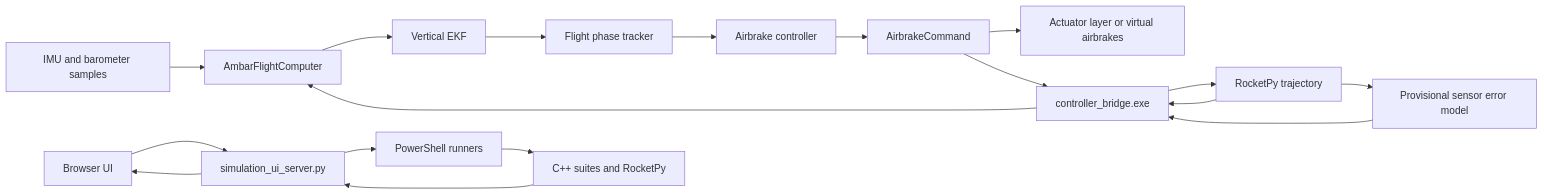
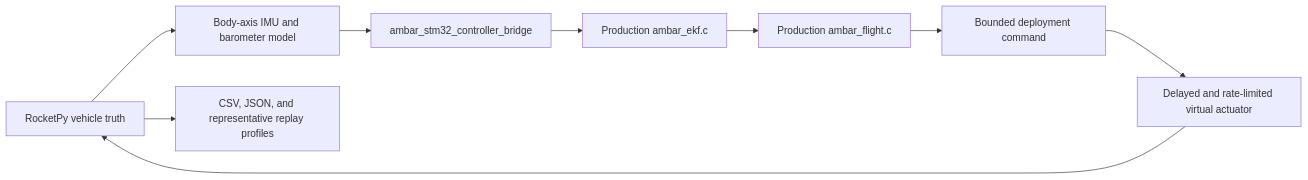
Before and after one commit to hoffmatic/SD-2-EKF: the diagram in docs/software_architecture.md, drawn with Mermaid. The commit also changed other lines of this file and 27 other files, not shown here.

````diff
--- a/docs/software_architecture.md
+++ b/docs/software_architecture.md
@@ -12,22 +13,11 @@
 ```mermaid
 flowchart LR
-    S["IMU and barometer samples"] --> F["AmbarFlightComputer"]
-    F --> E["Vertical EKF"]
-    E --> P["Flight phase tracker"]
-    P --> C["Airbrake controller"]
-    C --> O["AirbrakeCommand"]
-    O --> A["Actuator layer or virtual airbrakes"]
-
-    R["RocketPy trajectory"] --> B["controller_bridge.exe"]
-    R --> SM["Provisional sensor error model"]
-    SM --> B
-    B --> F
-    O --> B
-    B --> R
-
-    U["Browser UI"] --> H["simulation_ui_server.py"]
-    H --> PS["PowerShell runners"]
-    PS --> T["C++ suites and RocketPy"]
-    T --> H
-    H --> U
+    R["RocketPy vehicle truth"] --> S["Body-axis IMU and barometer model"]
+    S --> B["ambar_stm32_controller_bridge"]
+    B --> E["Production ambar_ekf.c"]
+    E --> F["Production ambar_flight.c"]
+    F --> C["Bounded deployment command"]
+    C --> A["Delayed and rate-limited virtual actuator"]
+    A --> R
+    R --> O["CSV, JSON, and representative replay profiles"]
 ```
````
